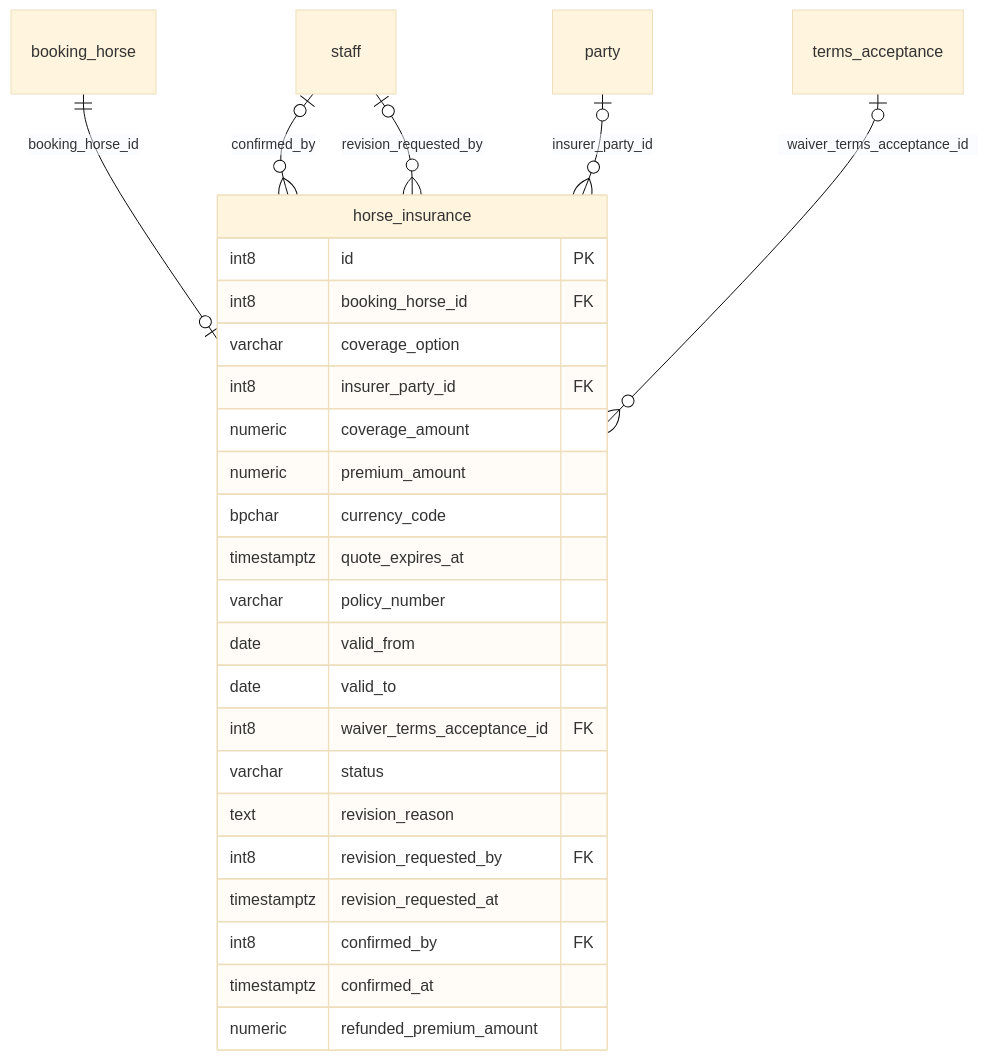
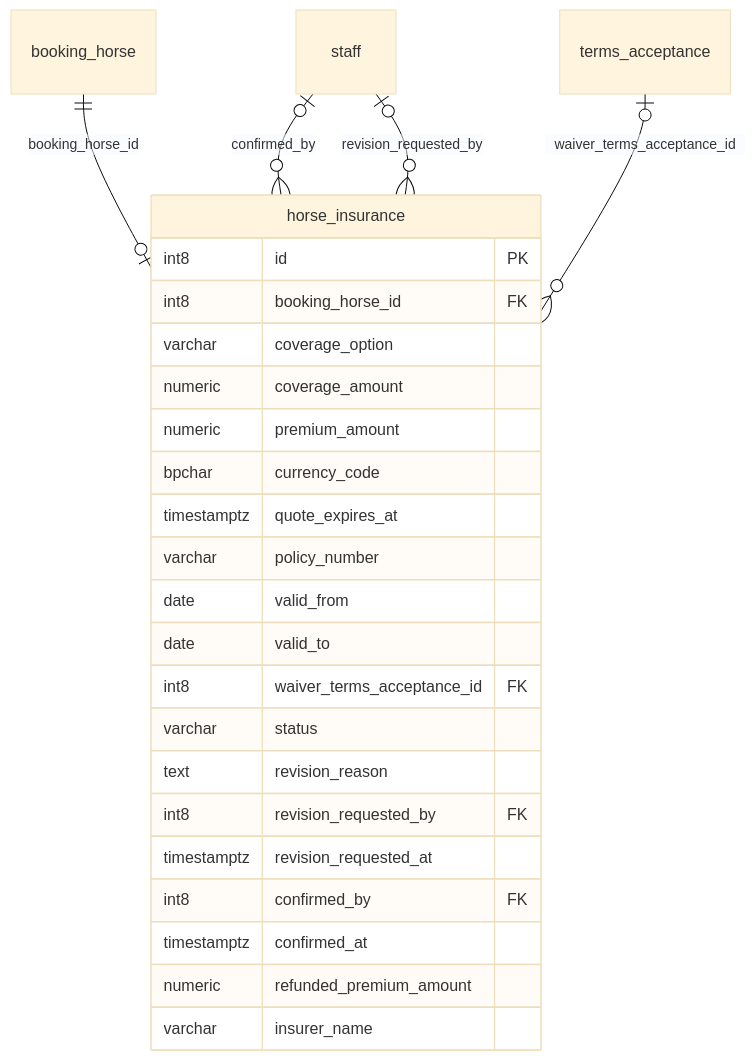
One commit to hankfwr23r2/SWP_RHT changed diagram 11 of 15 in docs/database/ERD.md. Above: the diagram before and after it, drawn with Mermaid (base theme). The commit also changed other lines of this file and 42 other files, not shown here.

Commit message:
long replace insure_party_id to insure_name, replace insureance to be input not drop down box

````diff
--- a/docs/database/ERD.md
+++ b/docs/database/ERD.md
@@ -747,29 +747,28 @@
 ```mermaid
 erDiagram
     horse_insurance {
         int8 id PK
         int8 booking_horse_id FK
         varchar coverage_option
-        int8 insurer_party_id FK
         numeric coverage_amount
         numeric premium_amount
         bpchar currency_code
         timestamptz quote_expires_at
         varchar policy_number
         date valid_from
         date valid_to
         int8 waiver_terms_acceptance_id FK
         varchar status
         text revision_reason
         int8 revision_requested_by FK
         timestamptz revision_requested_at
         int8 confirmed_by FK
         timestamptz confirmed_at
         numeric refunded_premium_amount
+        varchar insurer_name
     }
     booking_horse ||--o| horse_insurance : "booking_horse_id"
     staff |o--o{ horse_insurance : "confirmed_by"
-    party |o--o{ horse_insurance : "insurer_party_id"
     staff |o--o{ horse_insurance : "revision_requested_by"
     terms_acceptance |o--o{ horse_insurance : "waiver_terms_acceptance_id"
 ```
````
